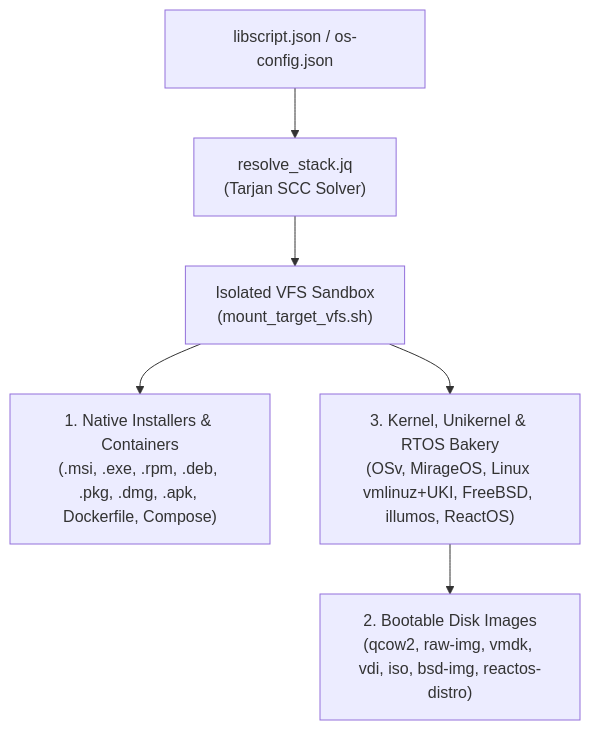
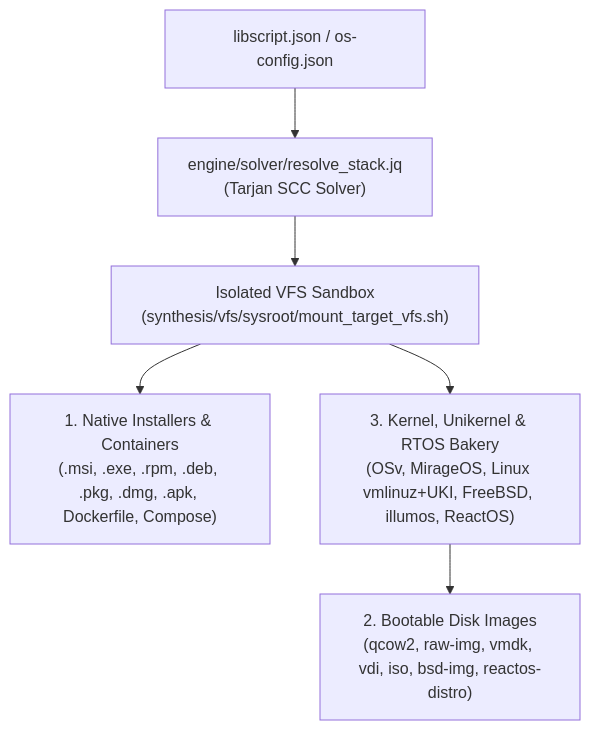
The fourth of 5 diagrams in README.md (SamuelMarks/libscript), drawn with Mermaid before and after one commit. The commit also changed other lines of this file and 869 other files, not shown here.

````diff
--- a/README.md
+++ b/README.md
@@ -267,9 +267,9 @@
 ```mermaid
 flowchart TD
-    Stack["libscript.json / os-config.json"] --> Solver["resolve_stack.jq<br/>(Tarjan SCC Solver)"]
-    Solver --> VFS["Isolated VFS Sandbox<br/>(mount_target_vfs.sh)"]
+    Stack["libscript.json / os-config.json"] --> Solver["engine/solver/resolve_stack.jq<br/>(Tarjan SCC Solver)"]
+    Solver --> VFS["Isolated VFS Sandbox<br/>(synthesis/vfs/sysroot/mount_target_vfs.sh)"]
 
     VFS --> Stage1["1. Native Installers & Containers<br/>(.msi, .exe, .rpm, .deb, .pkg, .dmg, .apk, Dockerfile, Compose)"]
     VFS --> Stage3["3. Kernel, Unikernel & RTOS Bakery<br/>(OSv, MirageOS, Linux vmlinuz+UKI, FreeBSD, illumos, ReactOS)"]
     Stage3 --> Stage2["2. Bootable Disk Images<br/>(qcow2, raw-img, vmdk, vdi, iso, bsd-img, reactos-distro)"]
 ```
````
